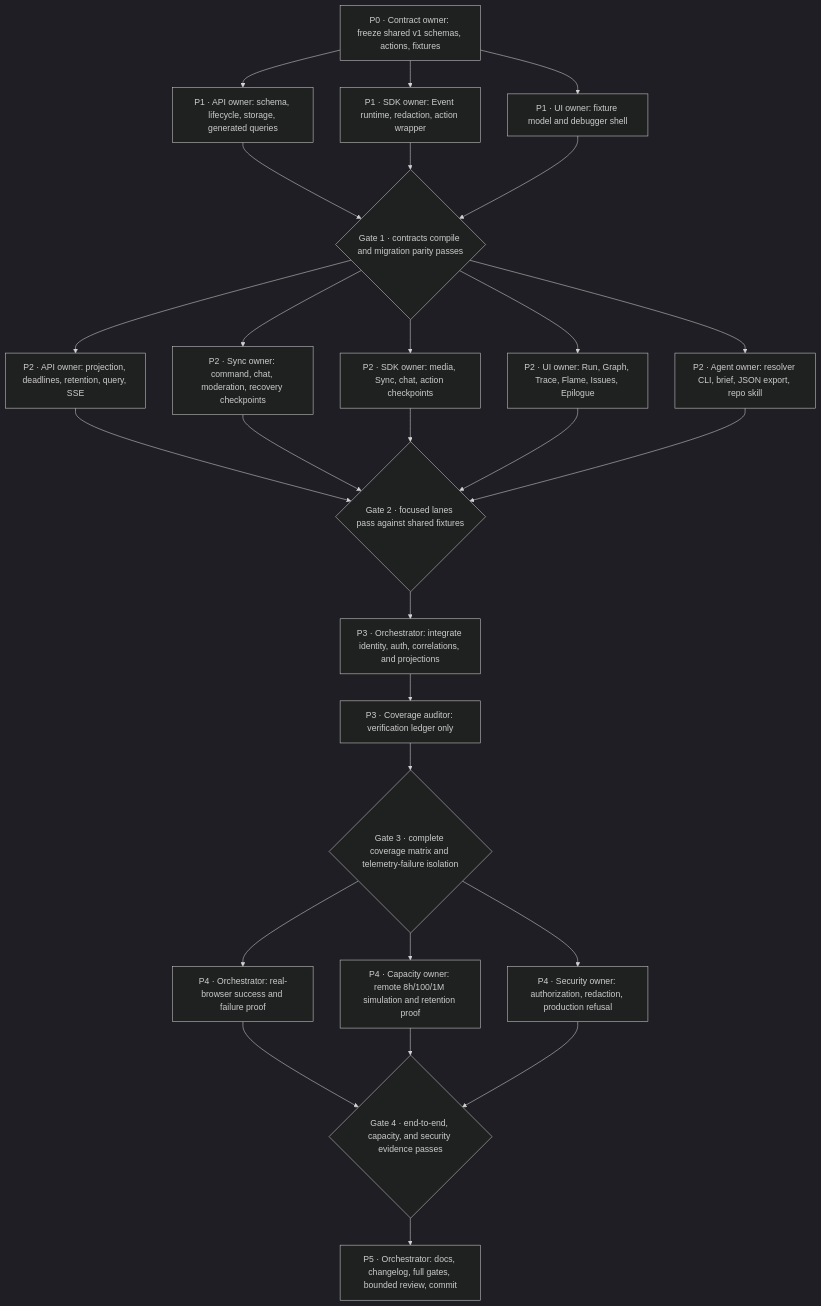
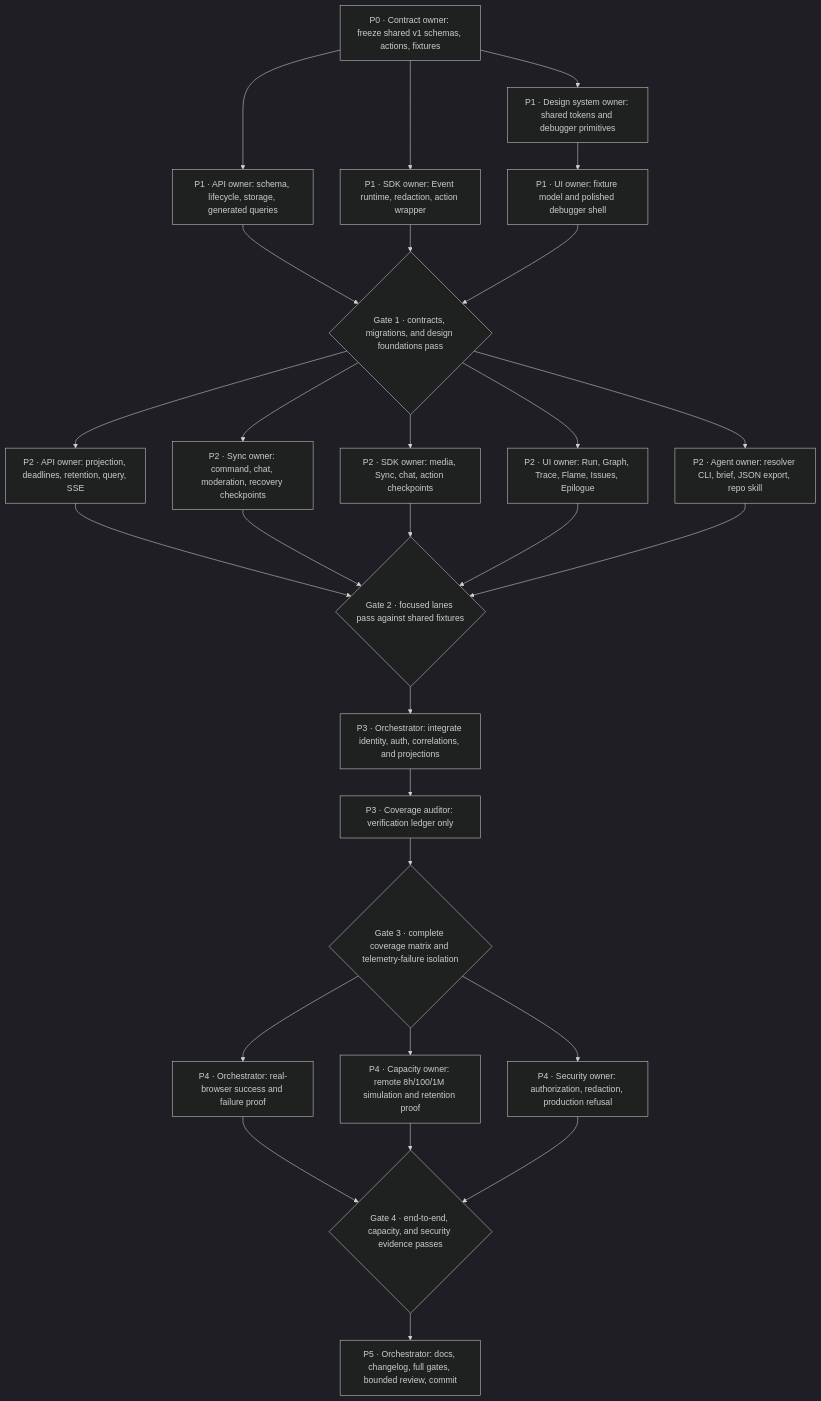
The fifth of 5 diagrams in scratchpad/live-episode-debugger-spec-2026-08-03.md (Q9Labs/chalk), drawn with Mermaid (dark theme) before and after one commit. The commit also changed other lines of this file and 3 other files, not shown here.

Commit message:
docs: require polished debugger design

````diff
--- a/scratchpad/live-episode-debugger-spec-2026-08-03.md
+++ b/scratchpad/live-episode-debugger-spec-2026-08-03.md
@@ -1032,49 +1087,51 @@
 ```mermaid
 flowchart TD
   A["P0 · Contract owner: freeze shared v1 schemas, actions, fixtures"]
   B["P1 · API owner: schema, lifecycle, storage, generated queries"]
   C["P1 · SDK owner: Event runtime, redaction, action wrapper"]
-  D["P1 · UI owner: fixture model and debugger shell"]
-  G1{"Gate 1 · contracts compile and migration parity passes"}
+  DS["P1 · Design system owner: shared tokens and debugger primitives"]
+  D["P1 · UI owner: fixture model and polished debugger shell"]
+  G1{"Gate 1 · contracts, migrations, and design foundations pass"}
   E["P2 · API owner: projection, deadlines, retention, query, SSE"]
   F["P2 · Sync owner: command, chat, moderation, recovery checkpoints"]
   G["P2 · SDK owner: media, Sync, chat, action checkpoints"]
   H["P2 · UI owner: Run, Graph, Trace, Flame, Issues, Epilogue"]
   I["P2 · Agent owner: resolver CLI, brief, JSON export, repo skill"]
   G2{"Gate 2 · focused lanes pass against shared fixtures"}
   J["P3 · Orchestrator: integrate identity, auth, correlations, and projections"]
   K["P3 · Coverage auditor: verification ledger only"]
   G3{"Gate 3 · complete coverage matrix and telemetry-failure isolation"}
   L["P4 · Orchestrator: real-browser success and failure proof"]
   M["P4 · Capacity owner: remote 8h/100/1M simulation and retention proof"]
   N["P4 · Security owner: authorization, redaction, production refusal"]
   G4{"Gate 4 · end-to-end, capacity, and security evidence passes"}
   O["P5 · Orchestrator: docs, changelog, full gates, bounded review, commit"]
 
   A --> B
   A --> C
-  A --> D
+  A --> DS
+  DS --> D
   B --> G1
   C --> G1
   D --> G1
   G1 --> E
   G1 --> F
   G1 --> G
   G1 --> H
   G1 --> I
   E --> G2
   F --> G2
   G --> G2
   H --> G2
   I --> G2
   G2 --> J
   J --> K
   K --> G3
   G3 --> L
   G3 --> M
   G3 --> N
   L --> G4
   M --> G4
   N --> G4
   G4 --> O
 ```
````
